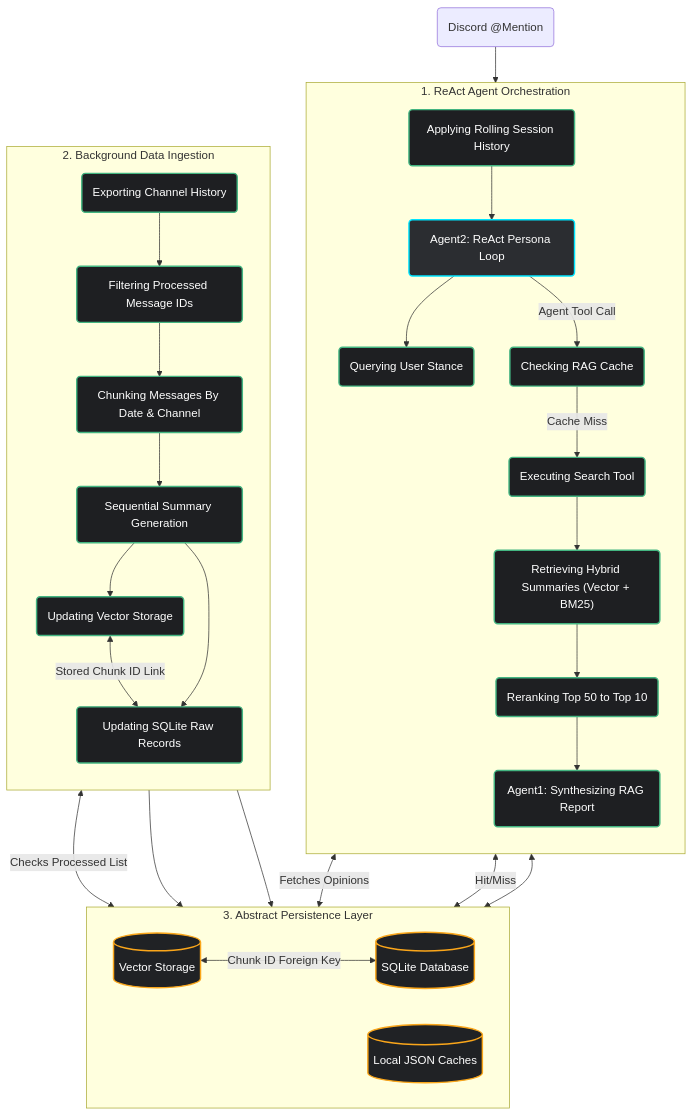
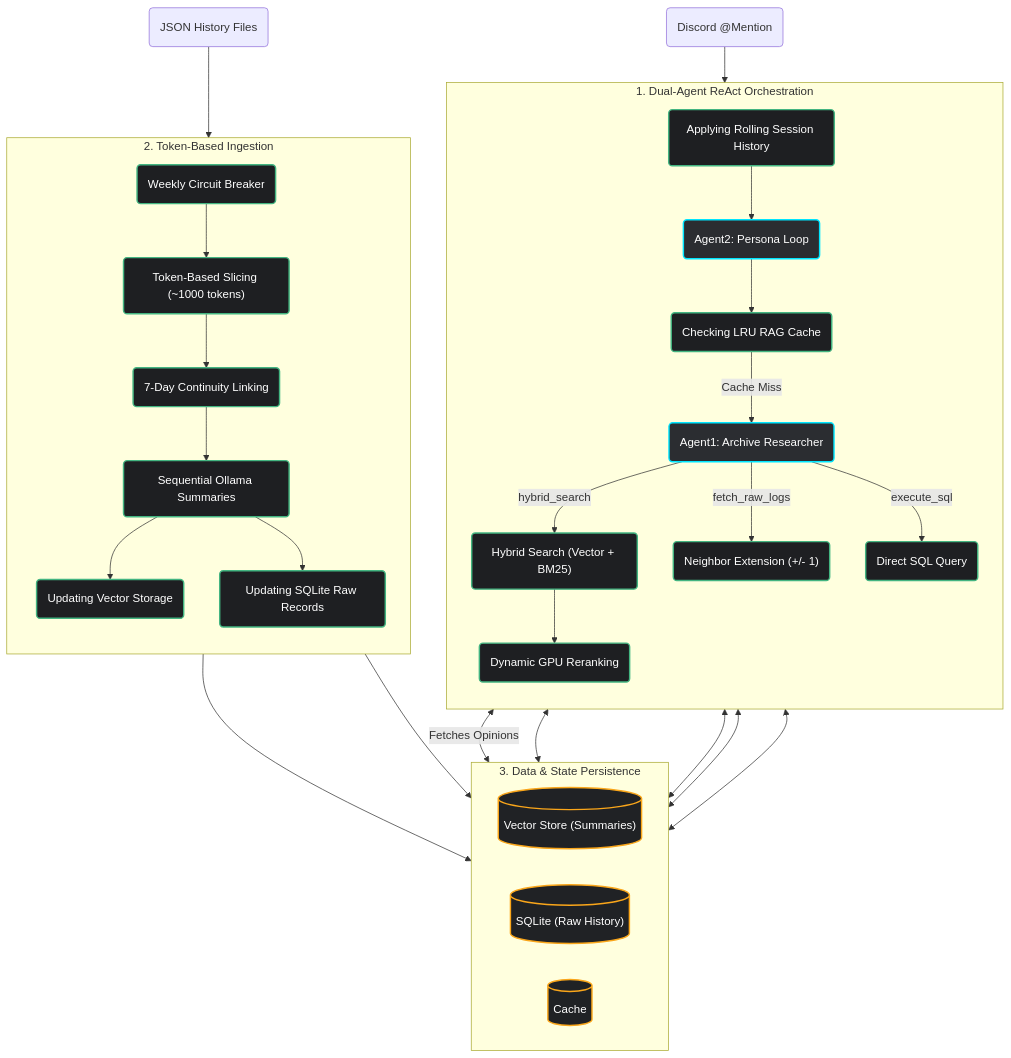
One commit to vp-1591/discord-assistant changed the diagram in AGENTS.md. Above: the diagram before and after it, drawn with Mermaid. The commit also changed other lines of this file and 5 other files, not shown here.

First line of the commit message:
docs(core): overhaul project documentation and architecture alignment

````diff
--- a/AGENTS.md
+++ b/AGENTS.md
@@ -5,73 +5,73 @@
 ```mermaid
 flowchart TD
     %% Define Styling
     classDef orchestrator fill:#2B2D31,stroke:#00E5FF,stroke-width:2px,color:#fff;
     classDef processing fill:#1E1F22,stroke:#43B581,stroke-width:2px,color:#fff;
     classDef storage fill:#202225,stroke:#FAA61A,stroke-width:2px,color:#fff;
 
     %% 1. ReAct Core (RAG)
-    subgraph CognitiveCore ["1. ReAct Agent Orchestration"]
+    subgraph CognitiveCore ["1. Dual-Agent ReAct Orchestration"]
         direction TB
-        ApplyingRollingSummary("Applying Rolling Session History"):::processing
-        OrchestratingThinking("Agent2: ReAct Persona Loop"):::orchestrator
-        QueryingUserStance("Querying User Stance"):::processing
-        CheckingRAGCache("Checking RAG Cache"):::processing
-        ExecutingToolSearch("Executing Search Tool"):::processing
-        RetrievingSummaries("Retrieving Hybrid Summaries (Vector + BM25)"):::processing
-        RerankingVectors("Reranking Top 50 to Top 10"):::processing
-        SynthesizingContext("Agent1: Synthesizing RAG Report"):::processing
+        Agent2("Agent2: Persona Loop"):::orchestrator
+        RollingHistory("Applying Rolling Session History"):::processing
+        RAGCache("Checking LRU RAG Cache"):::processing
+        
+        Agent1("Agent1: Archive Researcher"):::orchestrator
+        HybridSearch("Hybrid Search (Vector + BM25)"):::processing
+        GPUReranker("Dynamic GPU Reranking"):::processing
+        NeighborExpansion("Neighbor Extension (+/- 1)"):::processing
+        SQLTool("Direct SQL Query"):::processing
     end
 
     %% 2. Data Ingestion
-    subgraph IngestionPipeline ["2. Background Data Ingestion"]
+    subgraph IngestionPipeline ["2. Token-Based Ingestion"]
         direction TB
-        ExportingHistory("Exporting Channel History"):::processing
-        FilteringDuplicates("Filtering Processed Message IDs"):::processing
-        ChunkingByDate("Chunking Messages By Date & Channel"):::processing
-        GeneratingSummaries("Sequential Summary Generation"):::processing
+        WeeklyGrouping("Weekly Circuit Breaker"):::processing
+        TokenChunking("Token-Based Slicing (~1000 tokens)"):::processing
+        ContinuityLinking("7-Day Continuity Linking"):::processing
+        SequentialSummaries("Sequential Ollama Summaries"):::processing
         UpdatingVectorIndex("Updating Vector Storage"):::processing
         UpdatingSQLRecords("Updating SQLite Raw Records"):::processing
     end
 
-    %% 3. Storage State
-    subgraph StorageLayer ["3. Abstract Persistence Layer"]
+    %% 3. Storage Layer
+    subgraph StorageLayer ["3. Data & State Persistence"]
         direction LR
-        VectorDB[("Vector Storage")]:::storage
-        SQLiteDB[("SQLite Database")]:::storage
-        JSONLedgers[("Local JSON Caches")]:::storage
+        VectorDB[("Vector Store (Summaries)")]:::storage
+        SQLiteDB[("SQLite (Raw History)")]:::storage
+        JSONLedgers[("Cache")]:::storage
     end
 
     %% --- Logic Flow Connections ---
 
-    %% ReAct Retrieval Flow
-    DiscordMention("Discord @Mention") --> ApplyingRollingSummary
-    ApplyingRollingSummary --> OrchestratingThinking
+    %% Agent 2 Flow
+    DiscordMention("Discord @Mention") --> RollingHistory
+    RollingHistory --> Agent2
+    Agent2 <-->|"Fetches Opinions"| JSONLedgers
+    Agent2 --> RAGCache
     
-    OrchestratingThinking --> QueryingUserStance
-    QueryingUserStance <-->|"Fetches Opinions"| JSONLedgers
+    %% Agent 1 Flow
+    RAGCache -- "Cache Miss" --> Agent1
+    Agent1 -->|"hybrid_search"| HybridSearch
+    HybridSearch <--> VectorDB
+    HybridSearch --> GPUReranker
     
-    OrchestratingThinking -->|"Agent Tool Call"| CheckingRAGCache
-    CheckingRAGCache <-->|"Hit/Miss"| JSONLedgers
-    CheckingRAGCache -->|"Cache Miss"| ExecutingToolSearch
+    Agent1 -->|"fetch_raw_logs"| NeighborExpansion
+    NeighborExpansion <--> VectorDB
+    NeighborExpansion <--> SQLiteDB
     
-    ExecutingToolSearch --> RetrievingSummaries
-    RetrievingSummaries --> RerankingVectors
-    RerankingVectors --> SynthesizingContext
-    
-    RetrievingSummaries <--> VectorDB
-    
-    UpdatingVectorIndex <-->|"Stored Chunk ID Link"| UpdatingSQLRecords
-    VectorDB <-->|"Chunk ID Foreign Key"| SQLiteDB
+    Agent1 -->|"execute_sql"| SQLTool
+    SQLTool <--> SQLiteDB
 
     %% Ingestion Flow
-    ExportingHistory --> FilteringDuplicates
-    FilteringDuplicates <-->|"Checks Processed List"| JSONLedgers
-    FilteringDuplicates --> ChunkingByDate
-    ChunkingByDate --> GeneratingSummaries
+    JSONHistory("JSON History Files") --> WeeklyGrouping
+    WeeklyGrouping --> TokenChunking
+    TokenChunking --> ContinuityLinking
+    ContinuityLinking --> SequentialSummaries
     
-    GeneratingSummaries --> UpdatingVectorIndex
-    GeneratingSummaries --> UpdatingSQLRecords
+    SequentialSummaries --> UpdatingVectorIndex
+    SequentialSummaries --> UpdatingSQLRecords
     
     UpdatingVectorIndex --> VectorDB
     UpdatingSQLRecords --> SQLiteDB
 ```
````
